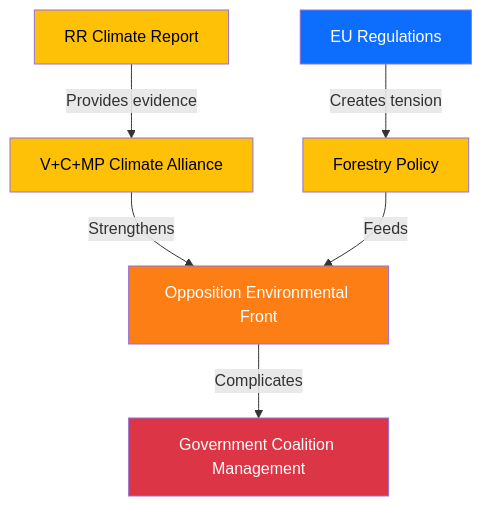
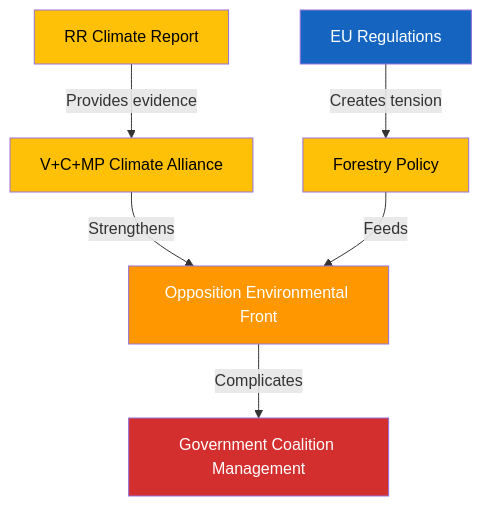
The diagram in analysis/daily/2026-04-16/realtime-1037/threat-analysis.md (Hack23/riksdagsmonitor), drawn with Mermaid before and after one commit. The commit also changed 785 other files, not shown here.

First line of the commit message:
Normalize mermaid colors across 786 analysis artifacts to ISMS Style Guide palette

````diff
--- a/analysis/daily/2026-04-16/realtime-1037/threat-analysis.md
+++ b/analysis/daily/2026-04-16/realtime-1037/threat-analysis.md
@@ -12,14 +12,14 @@
 ```mermaid
 graph TD
     T1["V+C+MP Climate Alliance"] -->|"Strengthens"| T2["Opposition Environmental Front"]
     T2 -->|"Complicates"| T3["Government Coalition Management"]
     T4["RR Climate Report"] -->|"Provides evidence"| T1
     T5["EU Regulations"] -->|"Creates tension"| T6["Forestry Policy"]
     T6 -->|"Feeds"| T2
-    style T1 fill:#ffc107,color:#000
-    style T2 fill:#fd7e14,color:#fff
-    style T3 fill:#dc3545,color:#fff
-    style T4 fill:#ffc107,color:#000
-    style T5 fill:#0d6efd,color:#fff
-    style T6 fill:#ffc107,color:#000
+    style T1 fill:#FFC107,color:#000000
+    style T2 fill:#FF9800,color:#FFFFFF
+    style T3 fill:#D32F2F,color:#FFFFFF
+    style T4 fill:#FFC107,color:#000000
+    style T5 fill:#1565C0,color:#FFFFFF
+    style T6 fill:#FFC107,color:#000000
 ```
````
